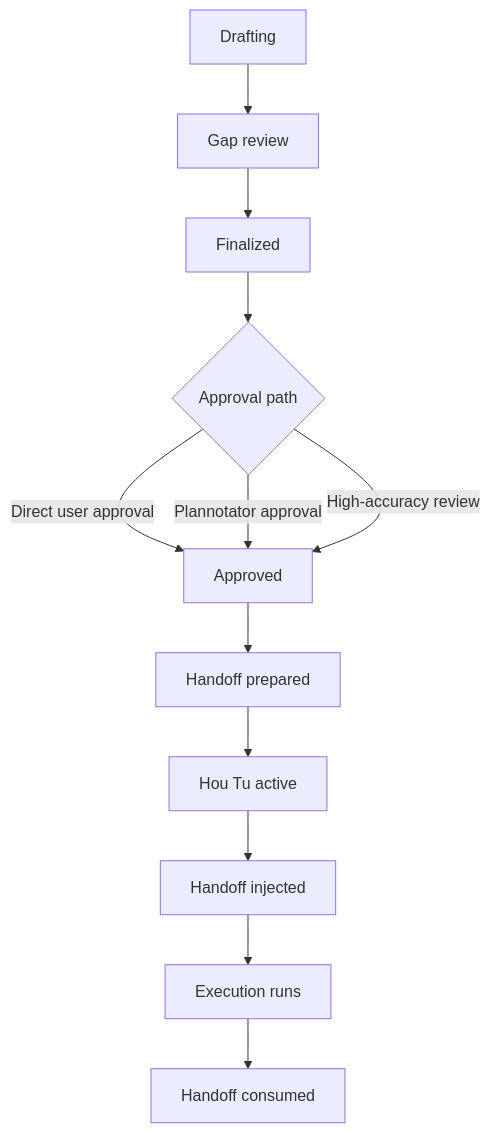
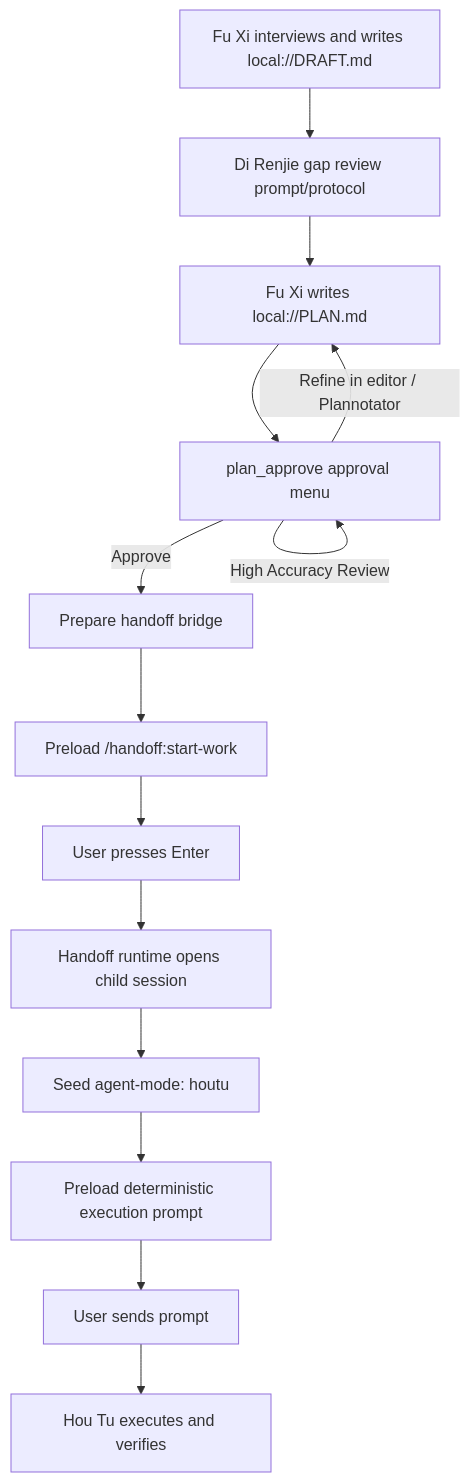
Before and after one commit to zhongjis/pi-config: the diagram in docs/orchestration-flow.md, drawn with Mermaid. The commit also changed other lines of this file and 2 other files, not shown here.

````diff
--- a/docs/orchestration-flow.md
+++ b/docs/orchestration-flow.md
@@ -3,14 +5,16 @@
 ```mermaid
 flowchart TD
-    A[Drafting] --> B[Gap review]
-    B --> C[Finalized]
-    C --> D{Approval path}
-    D -->|Direct user approval| E[Approved]
-    D -->|Plannotator approval| E
-    D -->|High-accuracy review| E
-    E --> F[Handoff prepared]
-    F --> G[Hou Tu active]
-    G --> H[Handoff injected]
-    H --> I[Execution runs]
-    I --> J[Handoff consumed]
+    A[Fu Xi interviews and writes local://DRAFT.md] --> B[Di Renjie gap review prompt/protocol]
+    B --> C[Fu Xi writes local://PLAN.md]
+    C --> D[plan_approve approval menu]
+    D -->|Approve| E[Prepare handoff bridge]
+    D -->|Refine in editor / Plannotator| C
+    D -->|High Accuracy Review| D
+    E --> F[Preload /handoff:start-work]
+    F --> G[User presses Enter]
+    G --> H[Handoff runtime opens child session]
+    H --> I[Seed agent-mode: houtu]
+    I --> J[Preload deterministic execution prompt]
+    J --> K[User sends prompt]
+    K --> L[Hou Tu executes and verifies]
 ```
````
